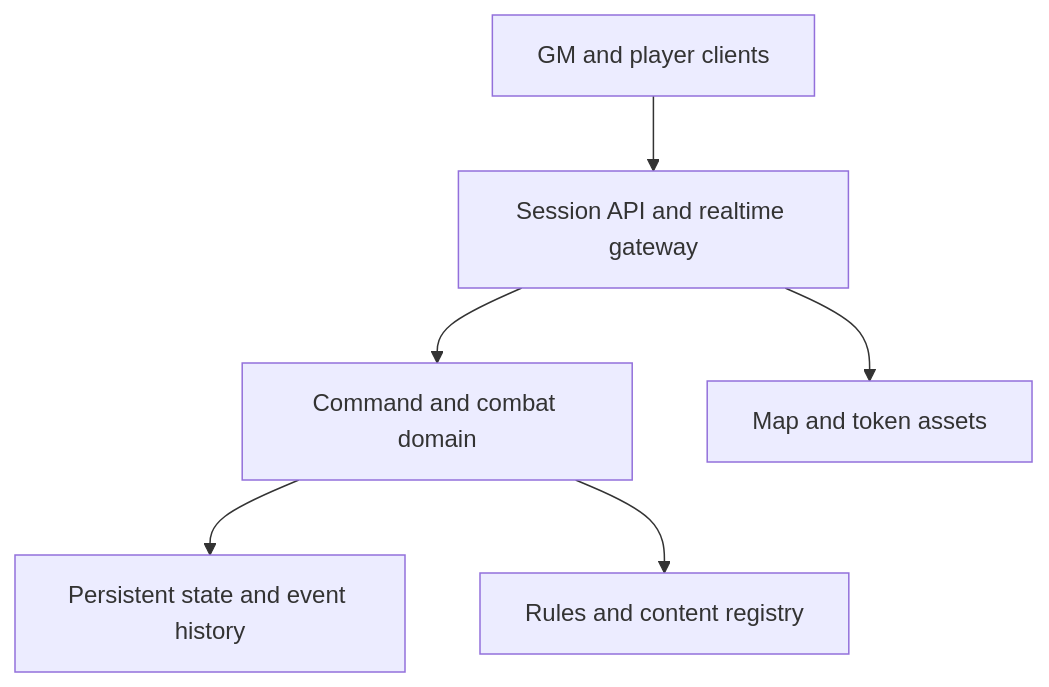
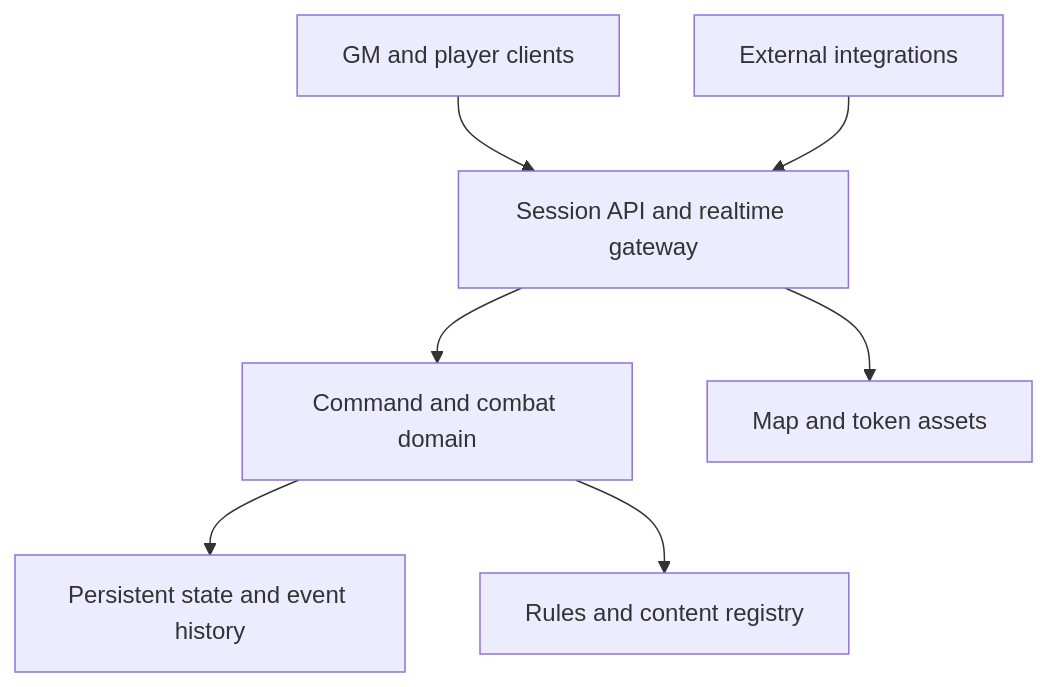
Before and after one commit to marcsfsh/OzyVTT: the first of 2 diagrams in BUILD_PLAN.md, drawn with Mermaid. The commit also changed other lines of this file, not shown here.

````diff
--- a/BUILD_PLAN.md
+++ b/BUILD_PLAN.md
@@ -621,8 +672,9 @@
 ```mermaid
 flowchart TD
     C["GM and player clients"] --> S["Session API and realtime gateway"]
+    I["External integrations"] --> S
     S --> D["Command and combat domain"]
     D --> P["Persistent state and event history"]
     D --> R["Rules and content registry"]
     S --> A["Map and token assets"]
 ```
````
